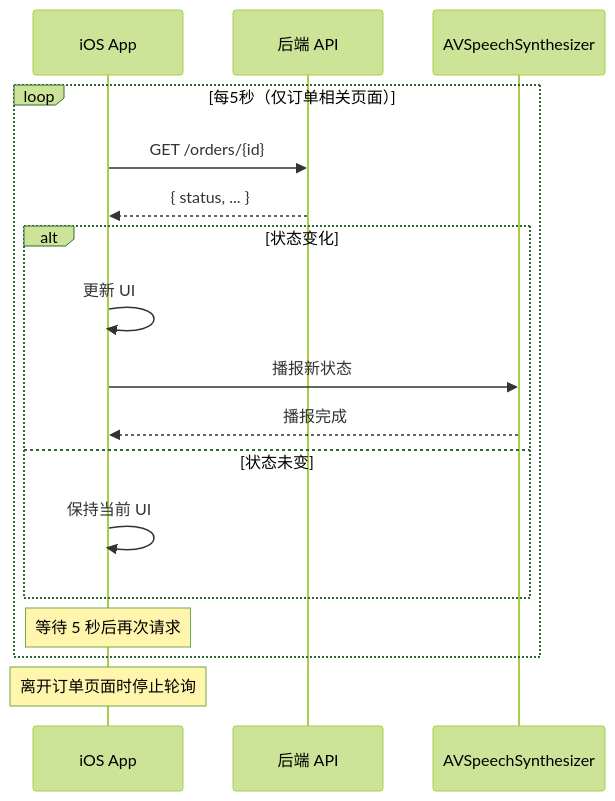
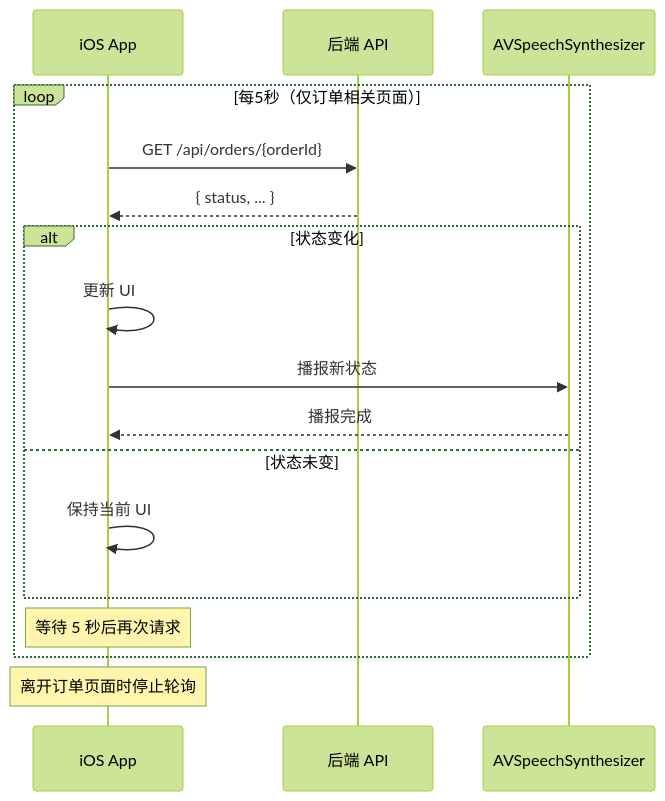
Before and after one commit to Jayden23018/blind-run-ios: the seventh of 7 diagrams in docs/04-user-flows-and-state-machine.md, drawn with Mermaid (forest theme). The commit also changed other lines of this file and 8 other files, not shown here.

````diff
--- a/docs/04-user-flows-and-state-machine.md
+++ b/docs/04-user-flows-and-state-machine.md
@@ -279,23 +277,23 @@
 ```mermaid
 sequenceDiagram
     participant App as iOS App
     participant API as 后端 API
     participant TTS as AVSpeechSynthesizer
 
     loop 每5秒（仅订单相关页面）
-        App->>API: GET /orders/{id}
+        App->>API: GET /api/orders/{orderId}
         API-->>App: { status, ... }
 
         alt 状态变化
             App->>App: 更新 UI
             App->>TTS: 播报新状态
             TTS-->>App: 播报完成
         else 状态未变
             App->>App: 保持当前 UI
         end
 
         Note over App: 等待 5 秒后再次请求
     end
 
     Note over App: 离开订单页面时停止轮询
 ```
````
